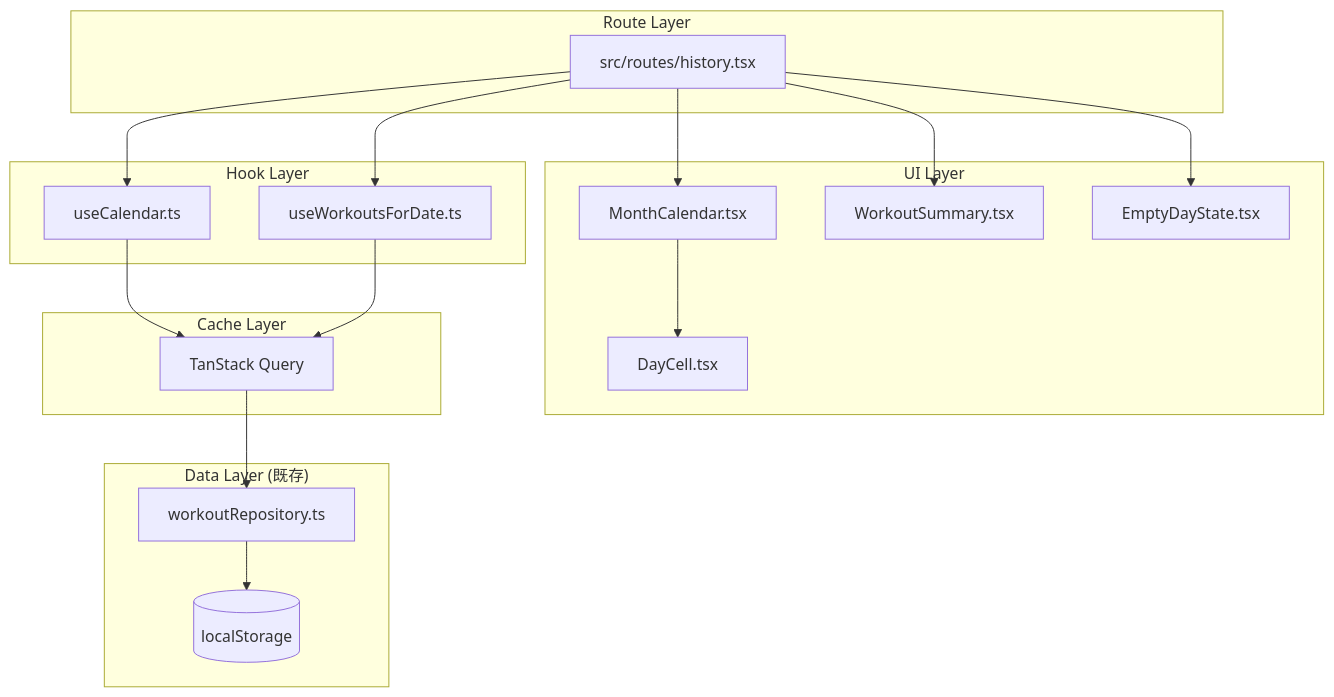
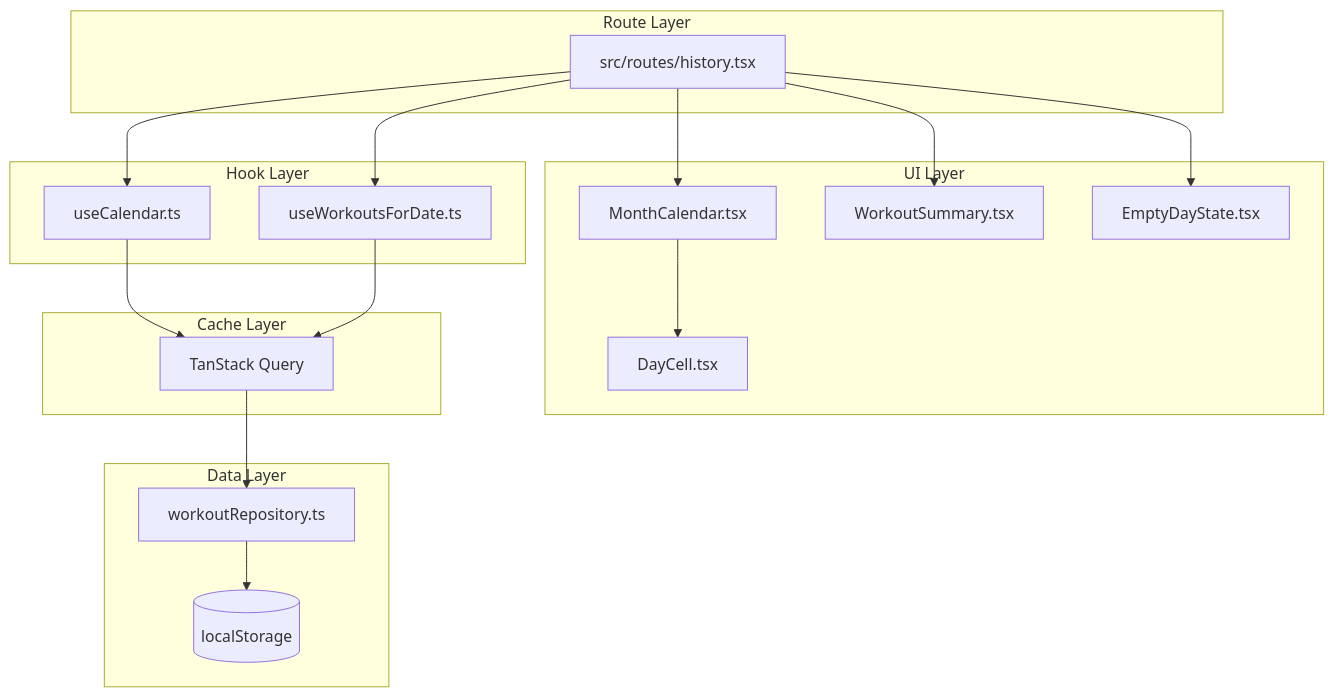
The diagram in .sdd/specification/history/index_design.md (SakumaTakuya/gymini), drawn with Mermaid before and after one commit. The commit also changed other lines of this file and 1 other file, not shown here.

````diff
--- a/.sdd/specification/history/index_design.md
+++ b/.sdd/specification/history/index_design.md
@@ -68,40 +68,40 @@
 ```mermaid
 graph TD
     subgraph "Route Layer"
         HR[src/routes/history.tsx]
     end
 
     subgraph "UI Layer"
         MC[MonthCalendar.tsx]
         WS_C[WorkoutSummary.tsx]
         EDS[EmptyDayState.tsx]
         DC[DayCell.tsx]
     end
 
     subgraph "Hook Layer"
         UC[useCalendar.ts]
         UWD[useWorkoutsForDate.ts]
     end
 
     subgraph "Cache Layer"
         TQ[TanStack Query]
     end
 
-    subgraph "Data Layer (既存)"
+    subgraph "Data Layer"
         WR[workoutRepository.ts]
         LS[(localStorage)]
     end
 
     HR --> UC
     HR --> UWD
     HR --> MC
     HR --> WS_C
     HR --> EDS
 
     MC --> DC
 
     UC --> TQ
     UWD --> TQ
     TQ --> WR
     WR --> LS
 ```
````
